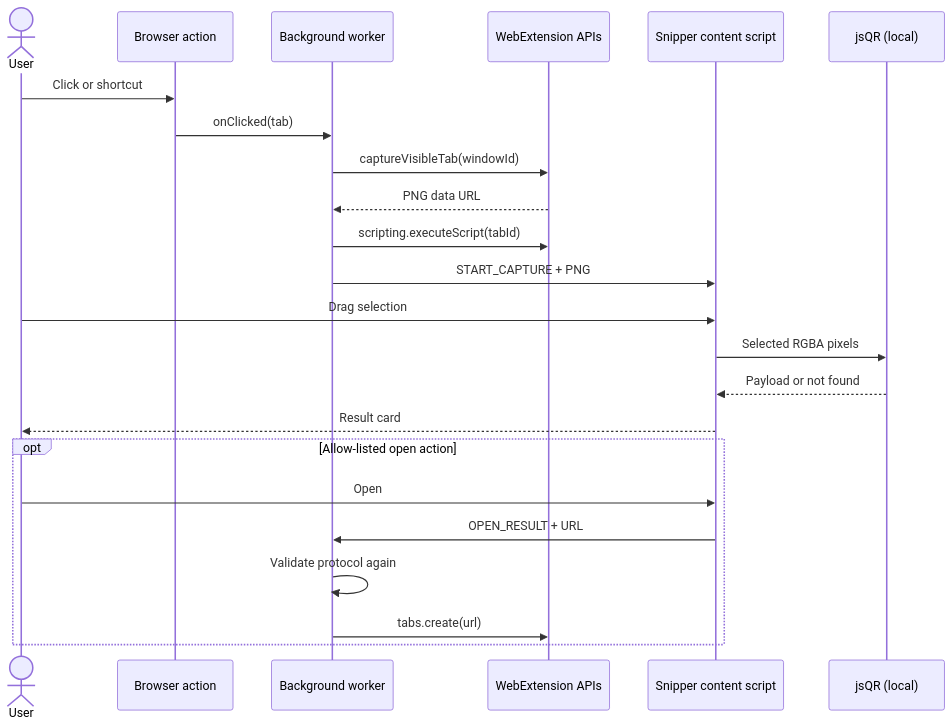
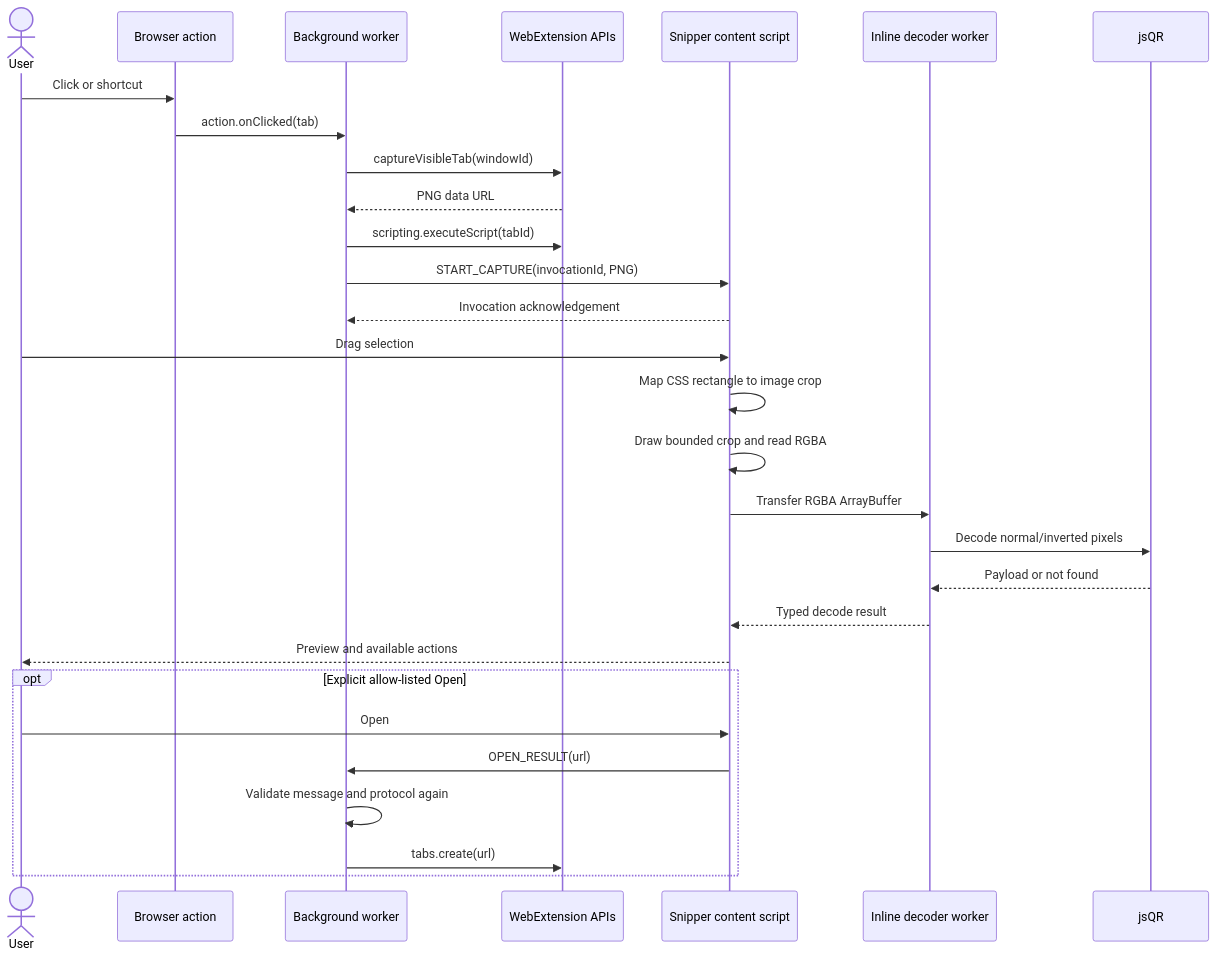
Before and after one commit to alwinpamintuan/qr-snip: the diagram in docs/ARCHITECTURE.md, drawn with Mermaid. The commit also changed other lines of this file and 7 other files, not shown here.

````diff
--- a/docs/ARCHITECTURE.md
+++ b/docs/ARCHITECTURE.md
@@ -18,26 +46,32 @@
 ```mermaid
 sequenceDiagram
     actor User
     participant Action as Browser action
     participant BG as Background worker
     participant API as WebExtension APIs
     participant CS as Snipper content script
-    participant QR as jsQR (local)
+    participant DW as Inline decoder worker
+    participant QR as jsQR
 
     User->>Action: Click or shortcut
-    Action->>BG: onClicked(tab)
+    Action->>BG: action.onClicked(tab)
     BG->>API: captureVisibleTab(windowId)
     API-->>BG: PNG data URL
     BG->>API: scripting.executeScript(tabId)
-    BG->>CS: START_CAPTURE + PNG
+    BG->>CS: START_CAPTURE(invocationId, PNG)
+    CS-->>BG: Invocation acknowledgement
     User->>CS: Drag selection
-    CS->>QR: Selected RGBA pixels
-    QR-->>CS: Payload or not found
-    CS-->>User: Result card
-    opt Allow-listed open action
+    CS->>CS: Map CSS rectangle to image crop
+    CS->>CS: Draw bounded crop and read RGBA
+    CS->>DW: Transfer RGBA ArrayBuffer
+    DW->>QR: Decode normal/inverted pixels
+    QR-->>DW: Payload or not found
+    DW-->>CS: Typed decode result
+    CS-->>User: Preview and available actions
+    opt Explicit allow-listed Open
         User->>CS: Open
-        CS->>BG: OPEN_RESULT + URL
-        BG->>BG: Validate protocol again
+        CS->>BG: OPEN_RESULT(url)
+        BG->>BG: Validate message and protocol again
         BG->>API: tabs.create(url)
     end
 ```
````
